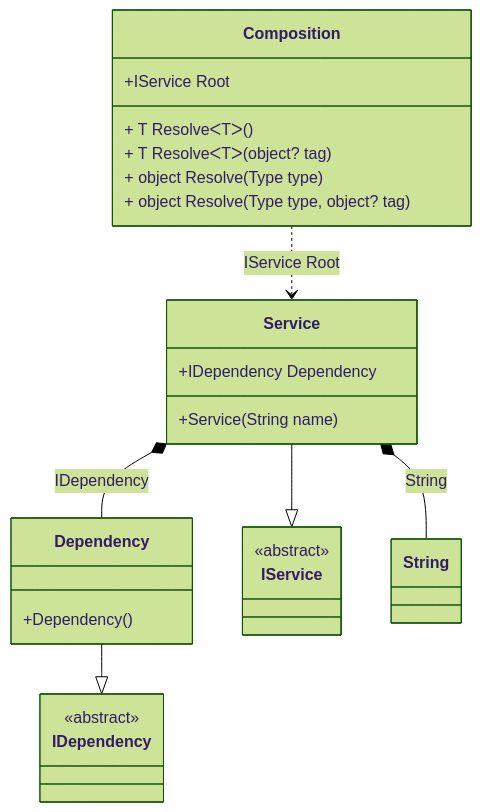
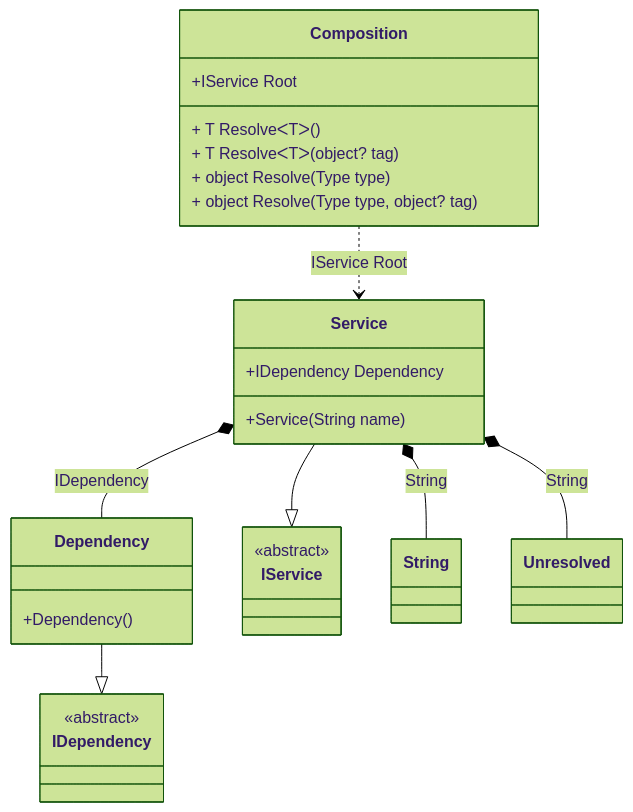
One commit to DevTeam/Pure.DI changed the diagram in readme/default-values.md. Above: the diagram before and after it, drawn with Mermaid (forest theme). The commit also changed other lines of this file and 69 other files, not shown here.

````diff
--- a/readme/default-values.md
+++ b/readme/default-values.md
@@ -40,28 +40,29 @@
 ```mermaid
 classDiagram
   class Composition {
     +IService Root
     + T ResolveᐸTᐳ()
     + T ResolveᐸTᐳ(object? tag)
     + object Resolve(Type type)
     + object Resolve(Type type, object? tag)
   }
   Dependency --|> IDependency : 
   class Dependency {
     +Dependency()
   }
   Service --|> IService : 
   class Service {
     +Service(String name)
     +IDependency Dependency
   }
   class IDependency {
     <<abstract>>
   }
   class IService {
     <<abstract>>
   }
   Service *--  String : String
+  Service *--  Unresolved : String
   Service *--  Dependency : IDependency
   Composition ..> Service : IService Root
 ```
````
